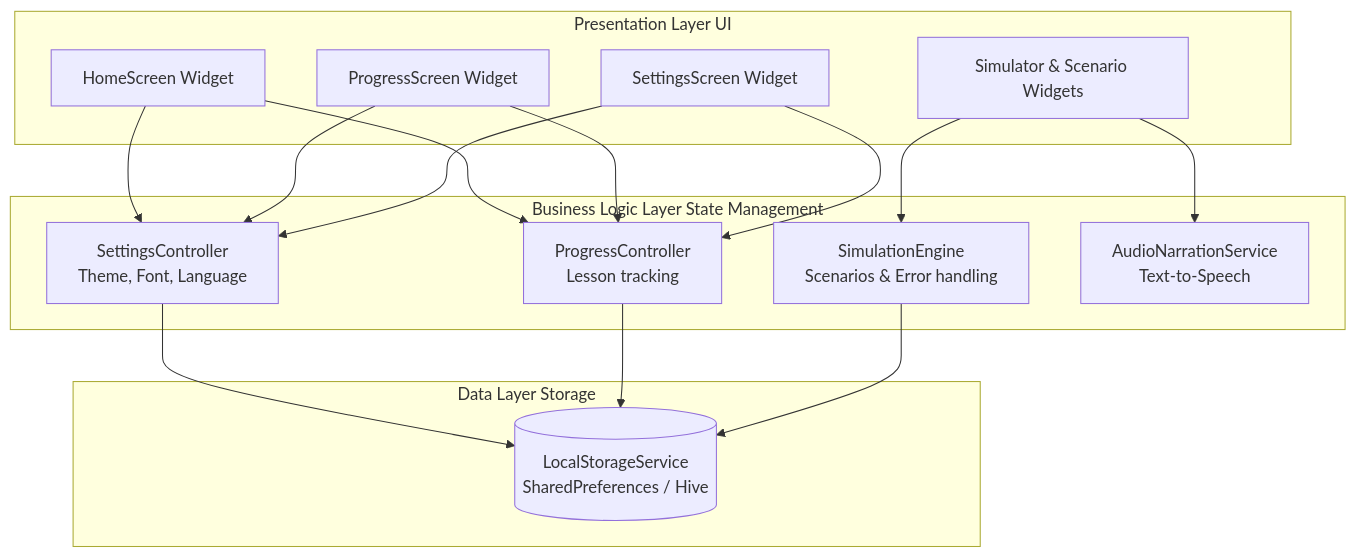
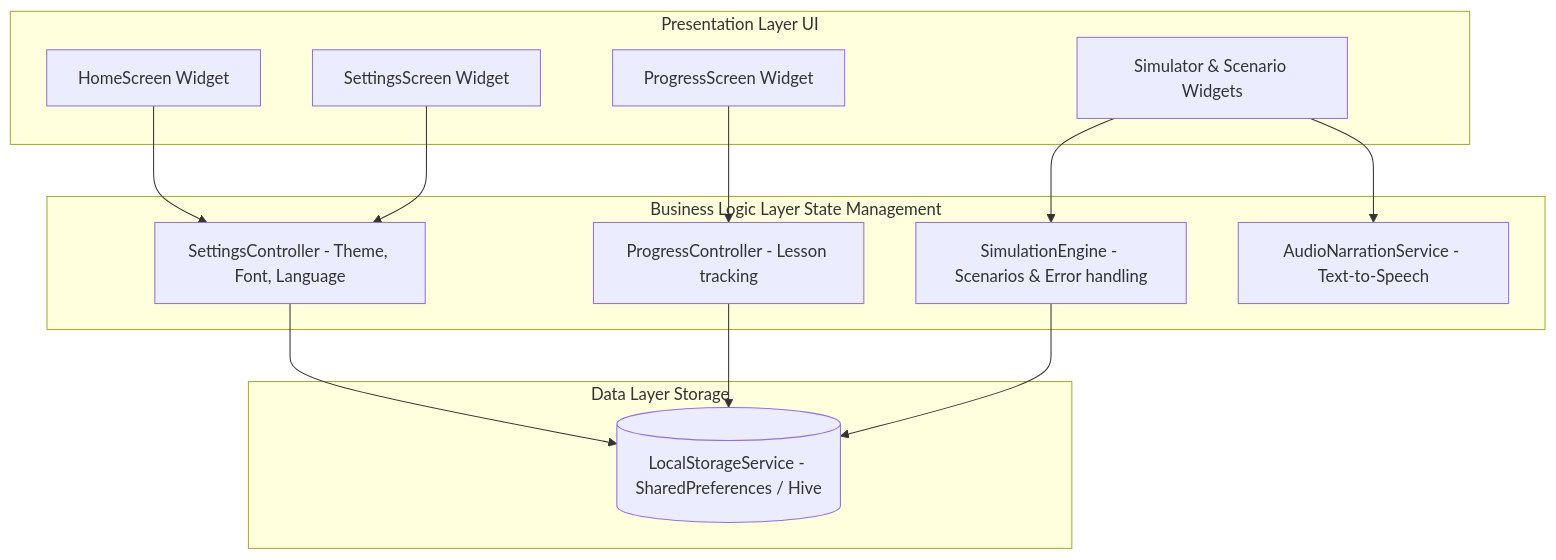
Before and after one commit to dana-rais/diplom-app: the third of 3 diagrams in docs/diagrams/README.md, drawn with Mermaid. The commit also changed other lines of this file, not shown here.

````diff
--- a/docs/diagrams/README.md
+++ b/docs/diagrams/README.md
@@ -41,24 +41,29 @@
 ```mermaid
 graph TD
     subgraph Presentation Layer UI
         UI1[HomeScreen Widget]
         UI2[ProgressScreen Widget]
         UI3[SettingsScreen Widget]
         UI4[Simulator & Scenario Widgets]
     end
 
     subgraph Business Logic Layer State Management
-        CTRL1[SettingsController\nTheme, Font, Language]
-        CTRL2[ProgressController\nLesson tracking]
-        CTRL3[SimulationEngine\nScenarios & Error handling]
-        AUDIO[AudioNarrationService\nText-to-Speech]
+        CTRL1[SettingsController - Theme, Font, Language]
+        CTRL2[ProgressController - Lesson tracking]
+        CTRL3[SimulationEngine - Scenarios & Error handling]
+        AUDIO[AudioNarrationService - Text-to-Speech]
     end
 
     subgraph Data Layer Storage
-        DB[(LocalStorageService\nSharedPreferences / Hive)]
+        DB[(LocalStorageService - SharedPreferences / Hive)]
     end
 
-    UI1 & UI2 & UI3 --> CTRL1 & CTRL2
-    UI4 --> CTRL3 & AUDIO
-    CTRL1 & CTRL2 & CTRL3 --> DB
+    UI1 --> CTRL1
+    UI2 --> CTRL2
+    UI3 --> CTRL1
+    UI4 --> CTRL3
+    UI4 --> AUDIO
+    CTRL1 --> DB
+    CTRL2 --> DB
+    CTRL3 --> DB
 ```
````
